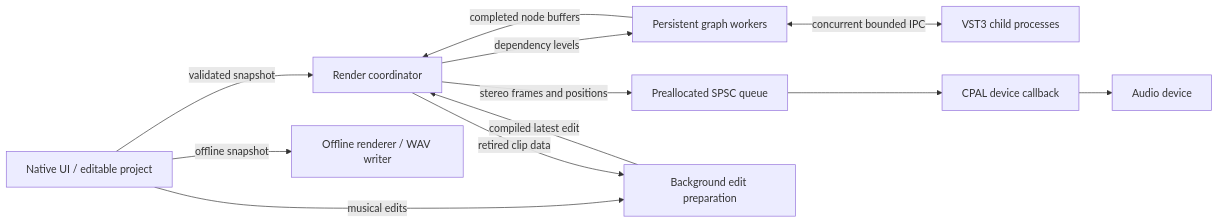
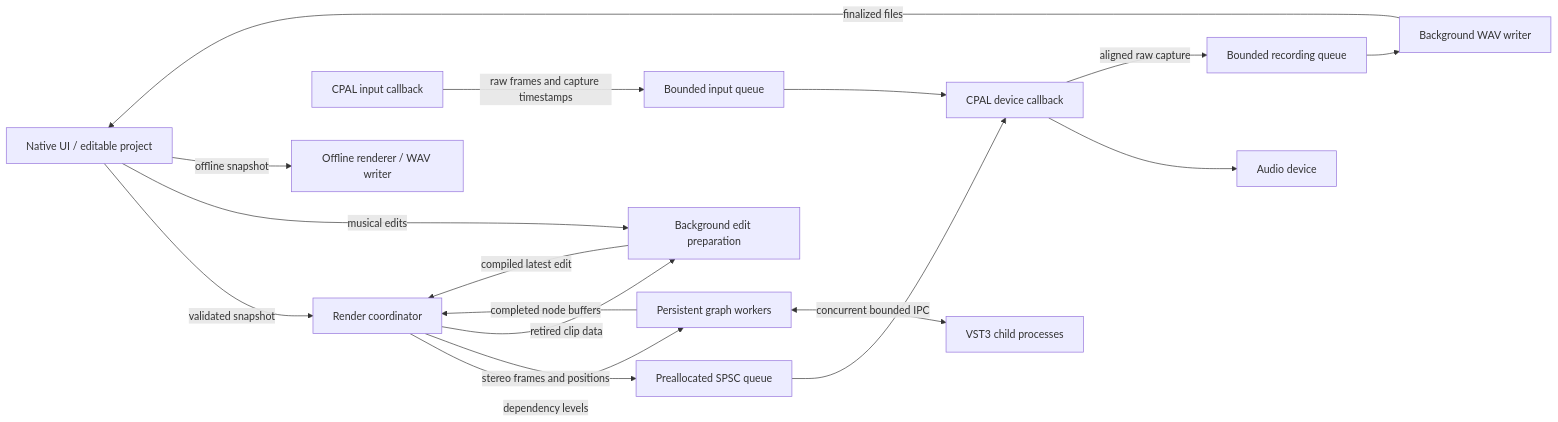
Before and after one commit to protocodus/rill-daw: the diagram in docs/ARCHITECTURE.md, drawn with Mermaid. The commit also changed other lines of this file and 28 other files, not shown here.

````diff
--- a/docs/ARCHITECTURE.md
+++ b/docs/ARCHITECTURE.md
@@ -15,14 +15,19 @@
 ```mermaid
 flowchart LR
     UI[Native UI / editable project] -->|validated snapshot| Worker[Render coordinator]
     Worker -->|dependency levels| Pool[Persistent graph workers]
     Pool <-->|concurrent bounded IPC| Plugins[VST3 child processes]
     Pool -->|completed node buffers| Worker
     Worker -->|stereo frames and positions| Queue[Preallocated SPSC queue]
     Queue --> Callback[CPAL device callback]
     Callback --> Device[Audio device]
+    Input[CPAL input callback] -->|raw frames and capture timestamps| InputQueue[Bounded input queue]
+    InputQueue --> Callback
+    Callback -->|aligned raw capture| CaptureQueue[Bounded recording queue]
+    CaptureQueue --> Writer[Background WAV writer]
+    Writer -->|finalized files| UI
     UI -->|musical edits| Prepare[Background edit preparation]
     Prepare -->|compiled latest edit| Worker
     Worker -->|retired clip data| Prepare
     UI -->|offline snapshot| Export[Offline renderer / WAV writer]
 ```
````
